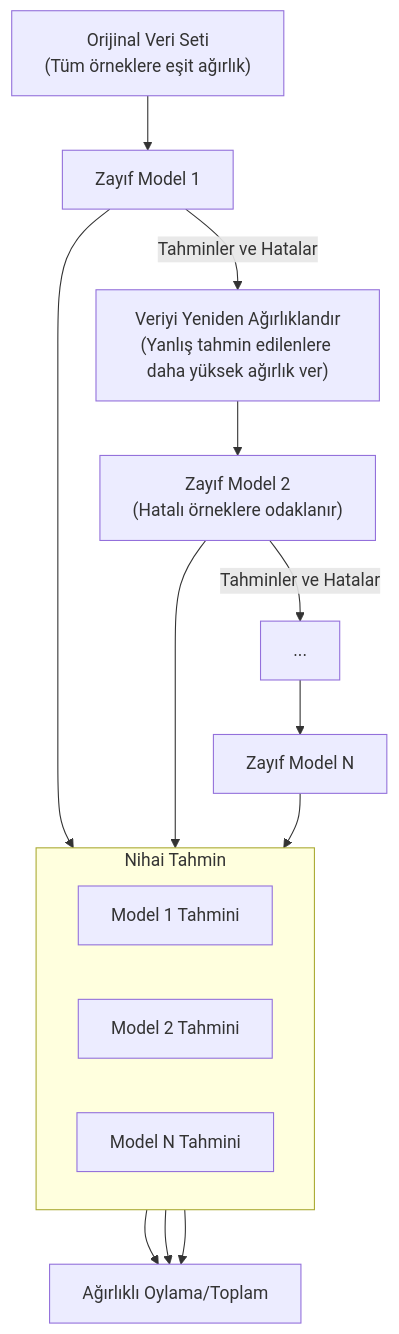
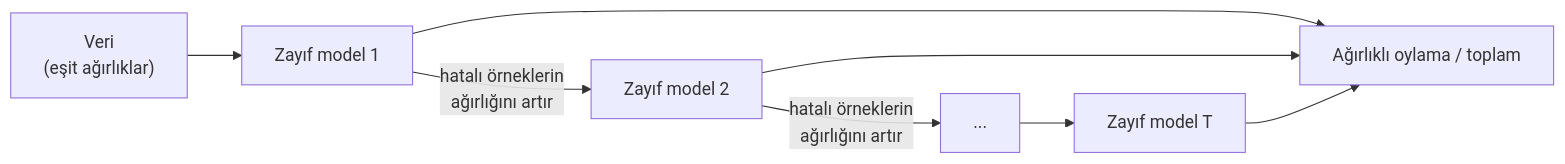
The seventh of 12 diagrams in Ders_Notu.md (erkanozhan/machinelearning), drawn with Mermaid before and after one commit. The commit also changed other lines of this file and 50 other files, not shown here.

````diff
--- a/Ders_Notu.md
+++ b/Ders_Notu.md
@@ -1559,29 +1953,10 @@
 ```mermaid
-graph TD
-    A["Orijinal Veri Seti<br/>(Tüm örneklere eşit ağırlık)"] --> M1["Zayıf Model 1"]
-    
-    M1 -- "Tahminler ve Hatalar" --> W1["Veriyi Yeniden Ağırlıklandır<br/>(Yanlış tahmin edilenlere daha yüksek ağırlık ver)"]
-    
-    W1 --> M2["Zayıf Model 2<br/>(Hatalı örneklere odaklanır)"]
-    
-    M2 -- "Tahminler ve Hatalar" --> W2["..."]
-    
-    W2 --> MN["Zayıf Model N"]
-    
-    subgraph "Nihai Tahmin"
-        direction LR
-        P1["Model 1 Tahmini"]
-        P2["Model 2 Tahmini"]
-        PN["Model N Tahmini"]
-    end
-    
-    M1 --> P1
-    M2 --> P2
-    MN --> PN
-    
-    Final["Ağırlıklı Oylama/Toplam"]
-    
-    P1 --> Final
-    P2 --> Final
-    PN --> Final
+graph LR
+    A["Veri<br/>(eşit ağırlıklar)"] --> M1["Zayıf model 1"]
+    M1 -->|"hatalı örneklerin<br/>ağırlığını artır"| M2["Zayıf model 2"]
+    M2 -->|"hatalı örneklerin<br/>ağırlığını artır"| M3["..."]
+    M3 --> MN["Zayıf model T"]
+    M1 --> F["Ağırlıklı oylama / toplam"]
+    M2 --> F
+    MN --> F
 ```
````
